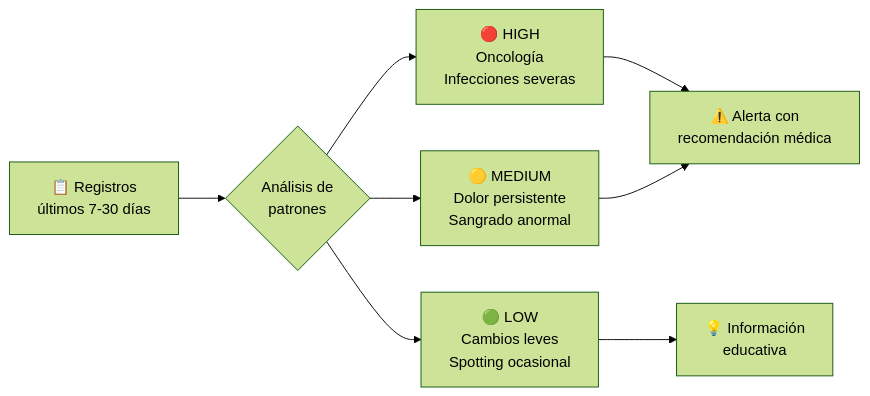
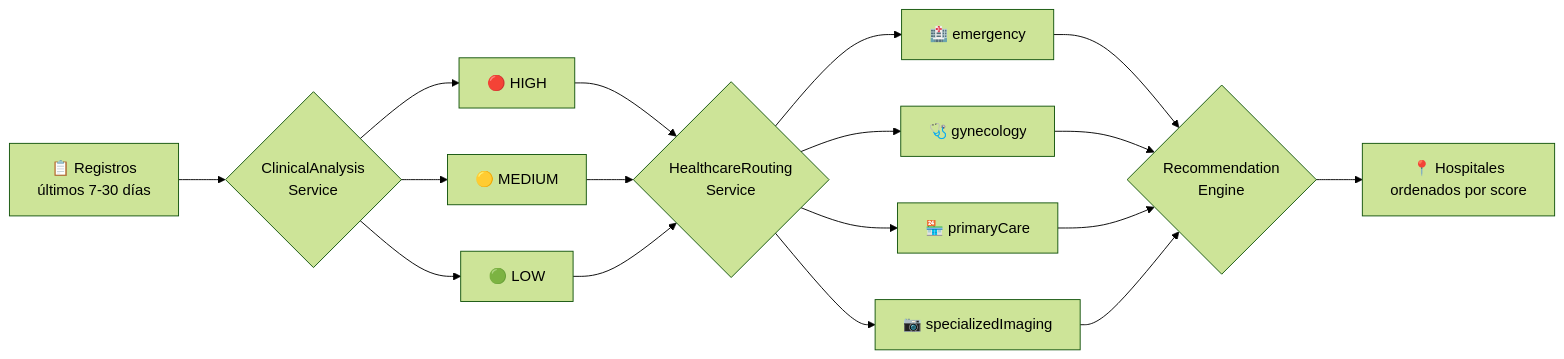
The fourth of 4 diagrams in README.md (Jossmart28/Bellota-App), drawn with Mermaid (forest theme) before and after one commit. The commit also changed other lines of this file and 4 other files, not shown here.

````diff
--- a/README.md
+++ b/README.md
@@ -629,10 +647,19 @@
 ```mermaid
 flowchart LR
-    A["📋 Registros<br/>últimos 7-30 días"] --> B{"Análisis de<br/>patrones"}
-    B --> C["🔴 HIGH<br/>Oncología<br/>Infecciones severas"]
-    B --> D["🟡 MEDIUM<br/>Dolor persistente<br/>Sangrado anormal"]
-    B --> E["🟢 LOW<br/>Cambios leves<br/>Spotting ocasional"]
-    C --> F["⚠️ Alerta con<br/>recomendación médica"]
+    A["📋 Registros<br/>últimos 7-30 días"] --> B{"ClinicalAnalysis<br/>Service"}
+    B --> C["🔴 HIGH"]
+    B --> D["🟡 MEDIUM"]
+    B --> E["🟢 LOW"]
+    C --> F{"HealthcareRouting<br/>Service"}
     D --> F
-    E --> G["💡 Información<br/>educativa"]
+    E --> F
+    F --> G["🏥 emergency"]
+    F --> H["🩺 gynecology"]
+    F --> I["🏪 primaryCare"]
+    F --> J["📷 specializedImaging"]
+    G --> K{"Recommendation<br/>Engine"}
+    H --> K
+    I --> K
+    J --> K
+    K --> L["📍 Hospitales<br/>ordenados por score"]
 ```
````
